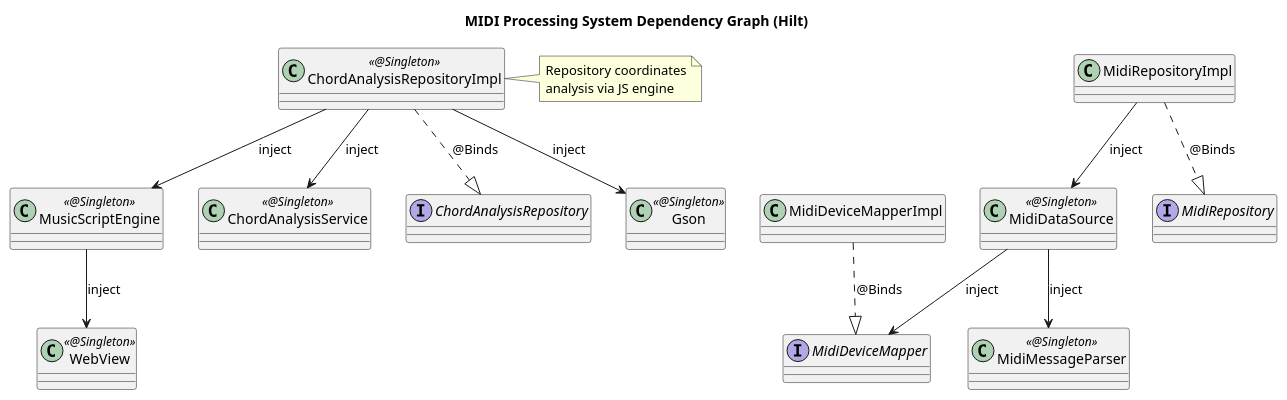
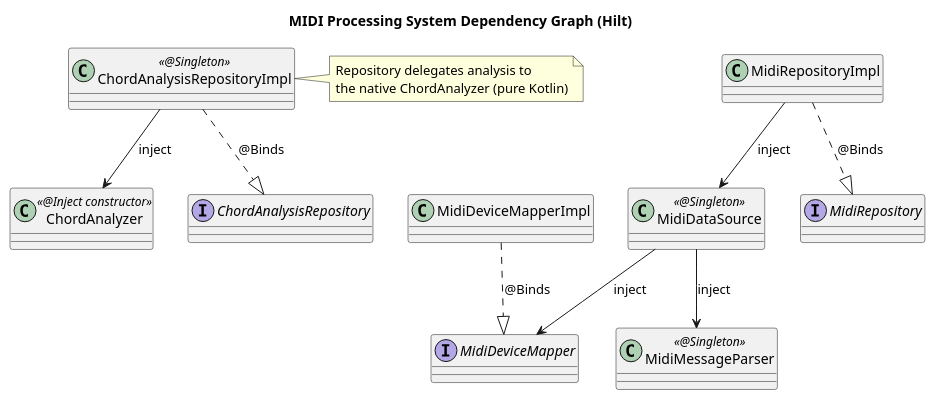
One commit to astrizhachuk/PianoFlow changed the fifth of 10 diagrams in docs/en/specs/MIDI_MESSAGE_PROCESSING.md. Above: the diagram before and after it, drawn with PlantUML. The commit also changed other lines of this file and 30 other files, not shown here.

First line of the commit message:
feat(domain): native Kotlin chord analysis service (#16)

````diff
--- a/docs/en/specs/MIDI_MESSAGE_PROCESSING.md
+++ b/docs/en/specs/MIDI_MESSAGE_PROCESSING.md
@@ -243,40 +282,34 @@
 ```plantuml
 @startuml
 title MIDI Processing System Dependency Graph (Hilt)
 
 class MidiMessageParser <<@Singleton>>
-class MusicScriptEngine <<@Singleton>>
-class ChordAnalysisService <<@Singleton>>
+class ChordAnalyzer <<@Inject constructor>>
 class MidiDataSource <<@Singleton>>
 class MidiRepositoryImpl
 class ChordAnalysisRepositoryImpl <<@Singleton>>
 interface MidiRepository
 interface ChordAnalysisRepository
 interface MidiDeviceMapper
 class MidiDeviceMapperImpl
-class Gson <<@Singleton>>
-class WebView <<@Singleton>>
 
 ' Repositories and their implementations (Binds)
 MidiRepositoryImpl ..|> MidiRepository : @Binds
 ChordAnalysisRepositoryImpl ..|> ChordAnalysisRepository : @Binds
 MidiDeviceMapperImpl ..|> MidiDeviceMapper : @Binds
 
 ' Repository dependencies
 MidiRepositoryImpl --> MidiDataSource : inject
-ChordAnalysisRepositoryImpl --> MusicScriptEngine : inject
-ChordAnalysisRepositoryImpl --> ChordAnalysisService : inject
-ChordAnalysisRepositoryImpl --> Gson : inject
+ChordAnalysisRepositoryImpl --> ChordAnalyzer : inject
 
-' Data sources and engines
+' Data sources
 MidiDataSource --> MidiMessageParser : inject
 MidiDataSource --> MidiDeviceMapper : inject
-MusicScriptEngine --> WebView : inject
 
 note right of ChordAnalysisRepositoryImpl
-  Repository coordinates
-  analysis via JS engine
+  Repository delegates analysis to
+  the native ChordAnalyzer (pure Kotlin)
 end note
 
 @enduml
 ```
````
